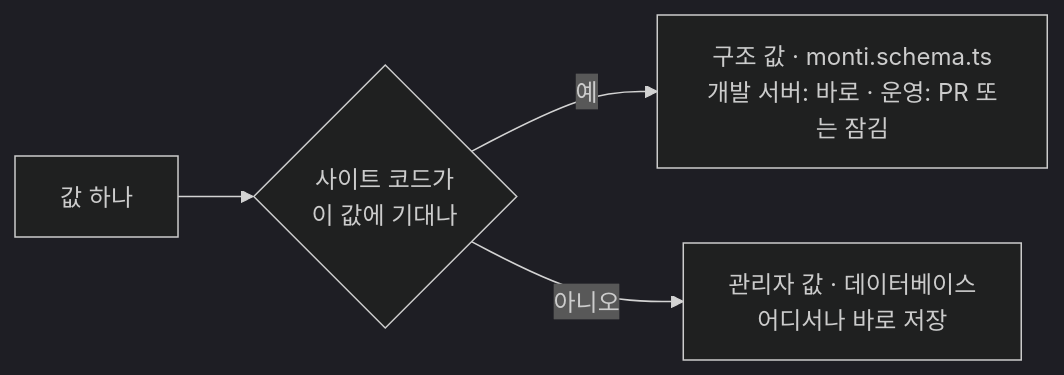
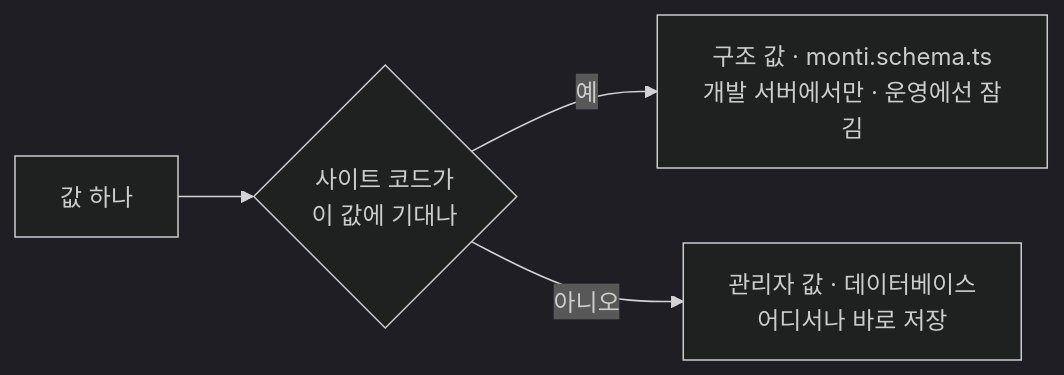
One commit to monti-cms/monti changed the second of 4 diagrams in docs/design/features/01-content-structure.md. Above: the diagram before and after it, drawn with Mermaid (dark theme). The commit also changed other lines of this file and 7 other files, not shown here.

````diff
--- a/docs/design/features/01-content-structure.md
+++ b/docs/design/features/01-content-structure.md
@@ -51,6 +51,6 @@
 ```mermaid
 flowchart LR
   V["값 하나"] --> Q{"사이트 코드가<br/>이 값에 기대나"}
-  Q -->|예| F["구조 값 · monti.schema.ts<br/>개발 서버: 바로 · 운영: PR 또는 잠김"]
+  Q -->|예| F["구조 값 · monti.schema.ts<br/>개발 서버에서만 · 운영에선 잠김"]
   Q -->|아니오| D["관리자 값 · 데이터베이스<br/>어디서나 바로 저장"]
 ```
````
